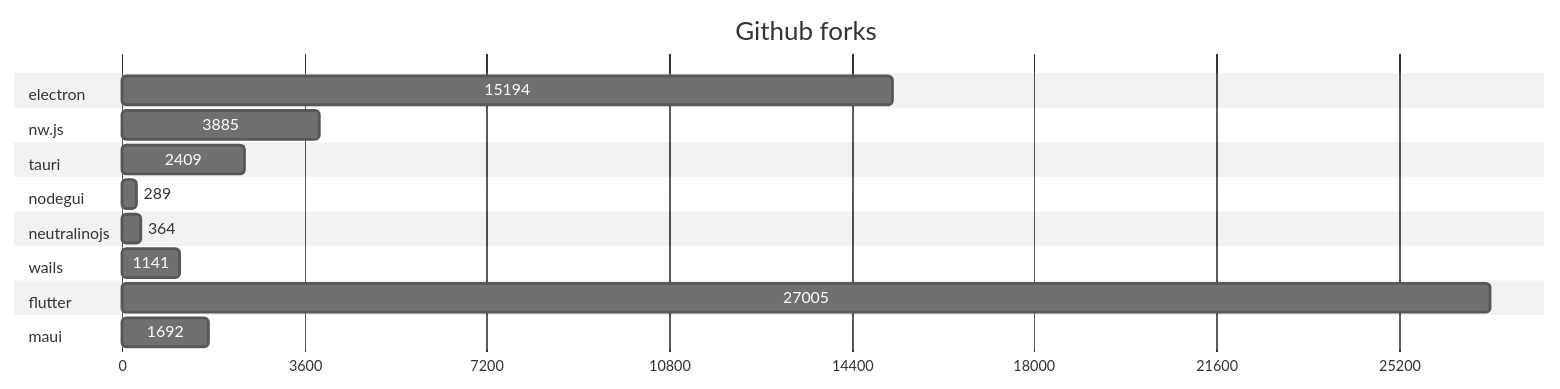
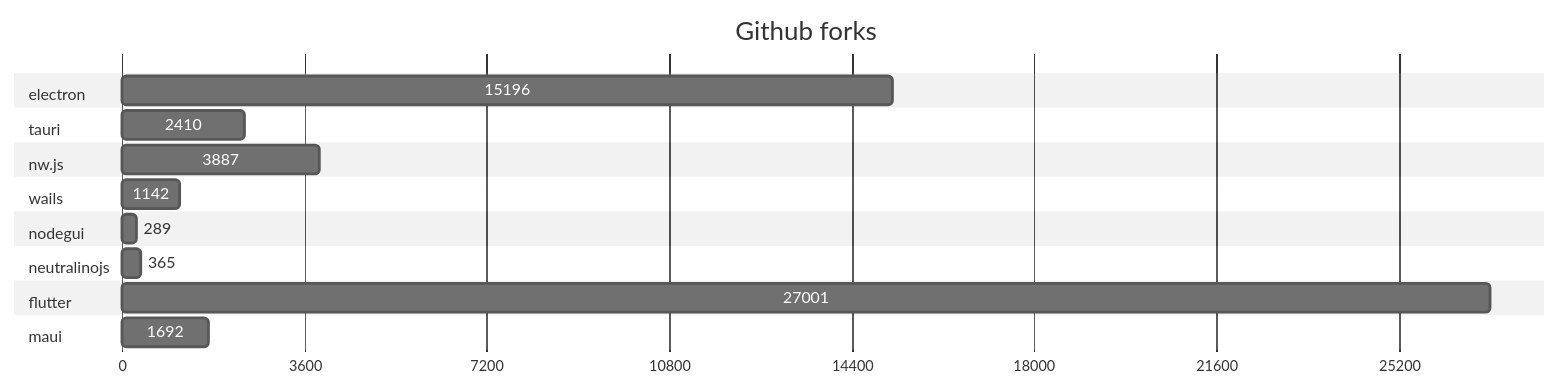
Before and after one commit to Elanis/web-to-desktop-framework-comparison: the second of 2 diagrams in GRAPHS.md, drawn with Mermaid (neutral theme). The commit also changed other lines of this file and 1 other file, not shown here.

Commit message:
Update stars & Fork

````diff
--- a/GRAPHS.md
+++ b/GRAPHS.md
@@ -47,40 +47,40 @@
 ```mermaid
 gantt
     title Github forks
     dateFormat  X
     axisFormat %s
 
 
 	section electron
-	15194 : 0, 15194
+	15196 : 0, 15196
+
+	
+	section tauri
+	2410 : 0, 2410
 
 	
 	section nw.js
-	3885 : 0, 3885
+	3887 : 0, 3887
 
 	
-	section tauri
-	2409 : 0, 2409
+	section wails
+	1142 : 0, 1142
 
 	
 	section nodegui
 	289 : 0, 289
 
 	
 	section neutralinojs
-	364 : 0, 364
-
-	
-	section wails
-	1141 : 0, 1141
+	365 : 0, 365
 
 	
 	section flutter
-	27005 : 0, 27005
+	27001 : 0, 27001
 
 	
 	section maui
 	1692 : 0, 1692
 
 	
 ```
````
